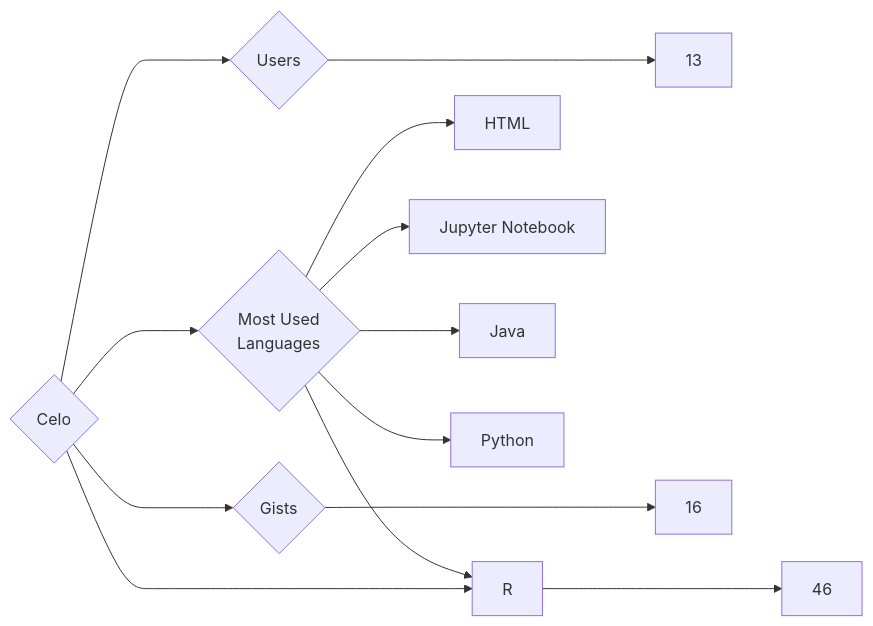
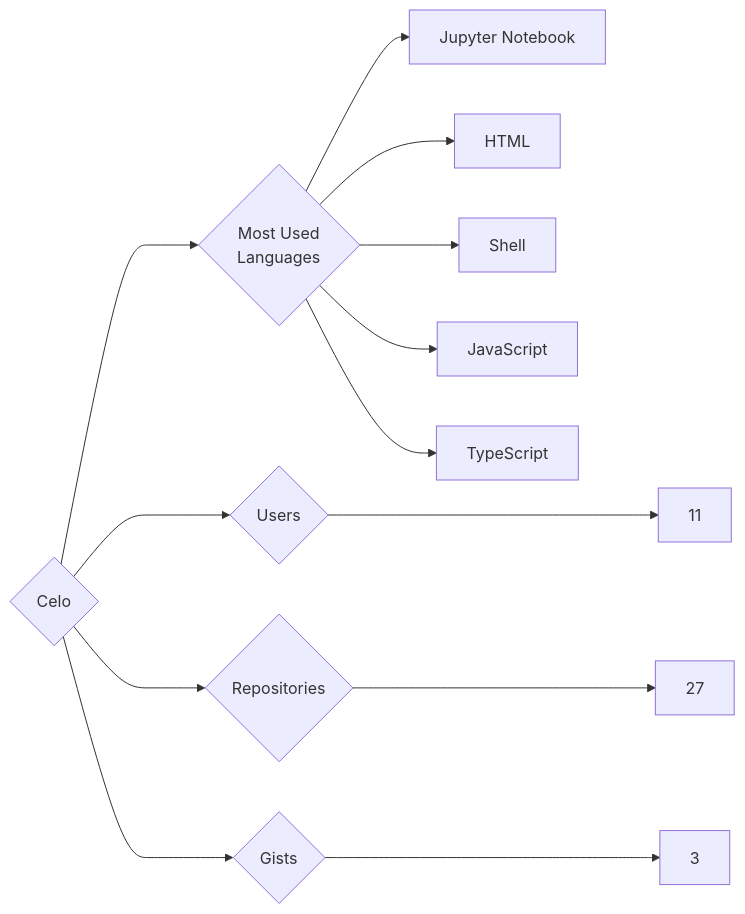
One commit to trickest/insiders changed the diagram in targets/Celo/README.md. Above: the diagram before and after it, drawn with Mermaid. The commit also changed 773 other files, not shown here.

````diff
--- a/targets/Celo/README.md
+++ b/targets/Celo/README.md
@@ -3,13 +3,13 @@
 ```mermaid
 graph LR
 COMPANY_NAME{Celo}
-COMPANY_NAME ---> U{Users} ---> UN[13]
-COMPANY_NAME ---> R{Repositories} ---> RN[46]
-COMPANY_NAME ---> G{Gists} ---> GN[16]
+COMPANY_NAME ---> U{Users} ---> UN[11]
+COMPANY_NAME ---> R{Repositories} ---> RN[27]
+COMPANY_NAME ---> G{Gists} ---> GN[3]
 COMPANY_NAME ---> ML{Most Used<br>Languages}
+ML --> Jupyter_Notebook[Jupyter Notebook]
 ML --> HTML[HTML]
-ML --> Jupyter_Notebook[Jupyter Notebook]
-ML --> Java[Java]
-ML --> R[R]
-ML --> Python[Python]
+ML --> Shell[Shell]
+ML --> JavaScript[JavaScript]
+ML --> TypeScript[TypeScript]
 ```
````
